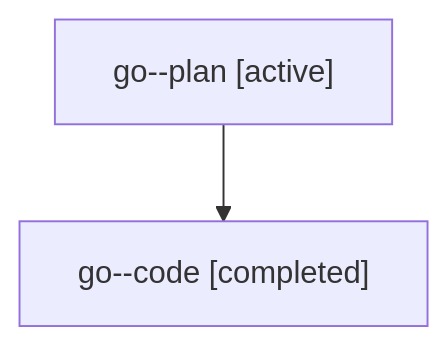
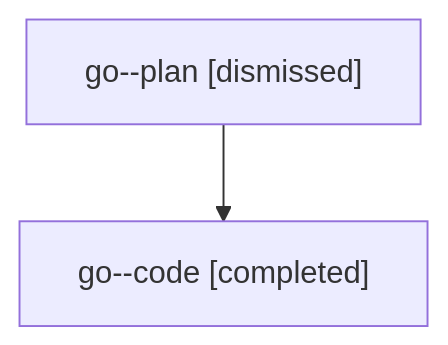
One commit to sase-org/sase--agents changed the diagram in sessions/bbugyi200.athena.go.md. Above: the diagram before and after it, drawn with Mermaid. The commit also changed other lines of this file and 29 other files, not shown here.

````diff
--- a/sessions/bbugyi200.athena.go.md
+++ b/sessions/bbugyi200.athena.go.md
@@ -9,6 +9,6 @@
 ```mermaid
 flowchart TD
-  n0["go--plan [active]"]
+  n0["go--plan [dismissed]"]
   n1["go--code [completed]"]
   n0 --> n1
 ```
````
